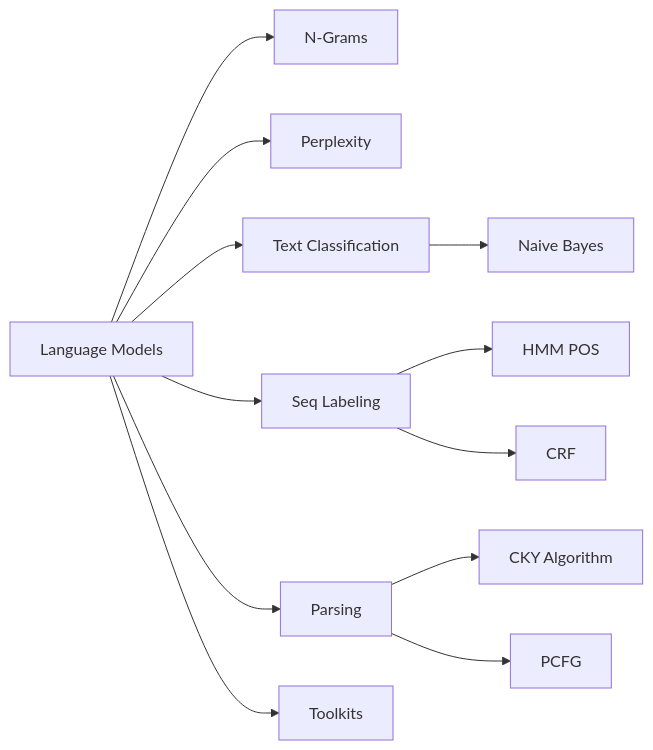
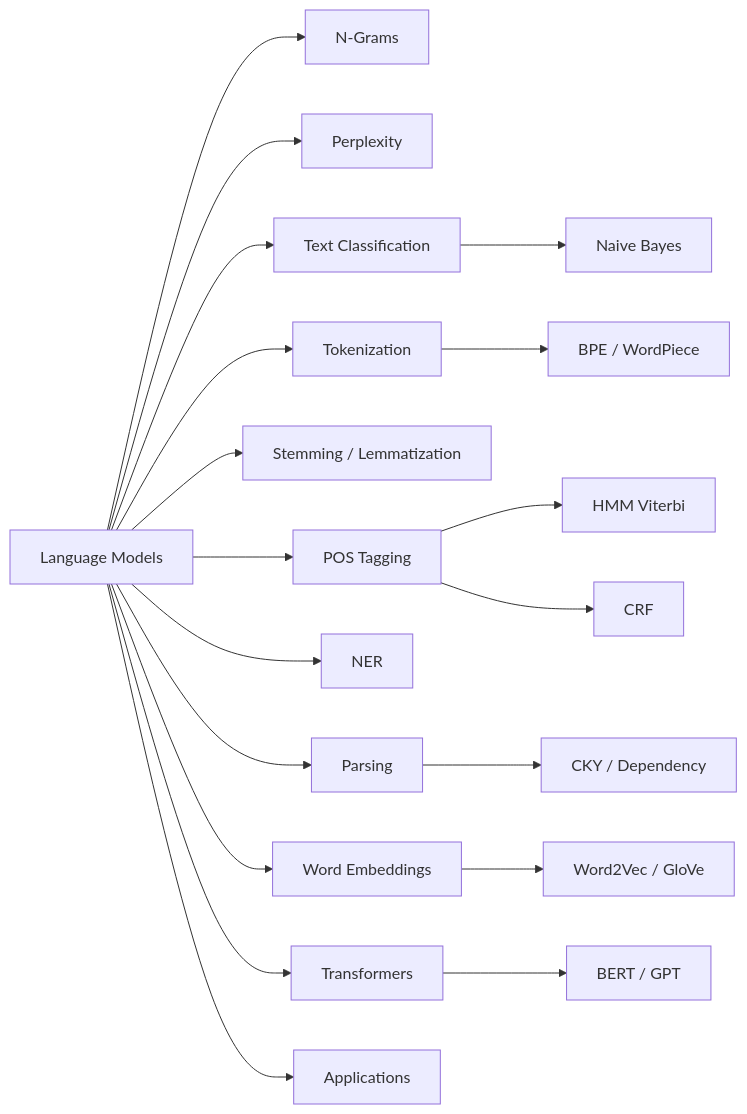
The diagram in docs/courses/artificial-intelligence/12-nlp.md (Raushan666java/ai-engineering-journey), drawn with Mermaid before and after one commit. The commit also changed other lines of this file and 26 other files, not shown here.

````diff
--- a/docs/courses/artificial-intelligence/12-nlp.md
+++ b/docs/courses/artificial-intelligence/12-nlp.md
@@ -24,14 +34,21 @@
 ```mermaid
 flowchart LR
     A[Language Models] --> B[N-Grams]
     A --> C[Perplexity]
     A --> D[Text Classification]
     D --> E[Naive Bayes]
-    A --> F[Seq Labeling]
-    F --> G[HMM POS]
-    F --> H[CRF]
-    A --> I[Parsing]
-    I --> J[CKY Algorithm]
-    I --> K[PCFG]
-    A --> L[Toolkits]
+    A --> F[Tokenization]
+    F --> G[BPE / WordPiece]
+    A --> H[Stemming / Lemmatization]
+    A --> I[POS Tagging]
+    I --> J[HMM Viterbi]
+    I --> K[CRF]
+    A --> L[NER]
+    A --> M[Parsing]
+    M --> N[CKY / Dependency]
+    A --> O[Word Embeddings]
+    O --> P[Word2Vec / GloVe]
+    A --> Q[Transformers]
+    Q --> R[BERT / GPT]
+    A --> S[Applications]
 ```
````
